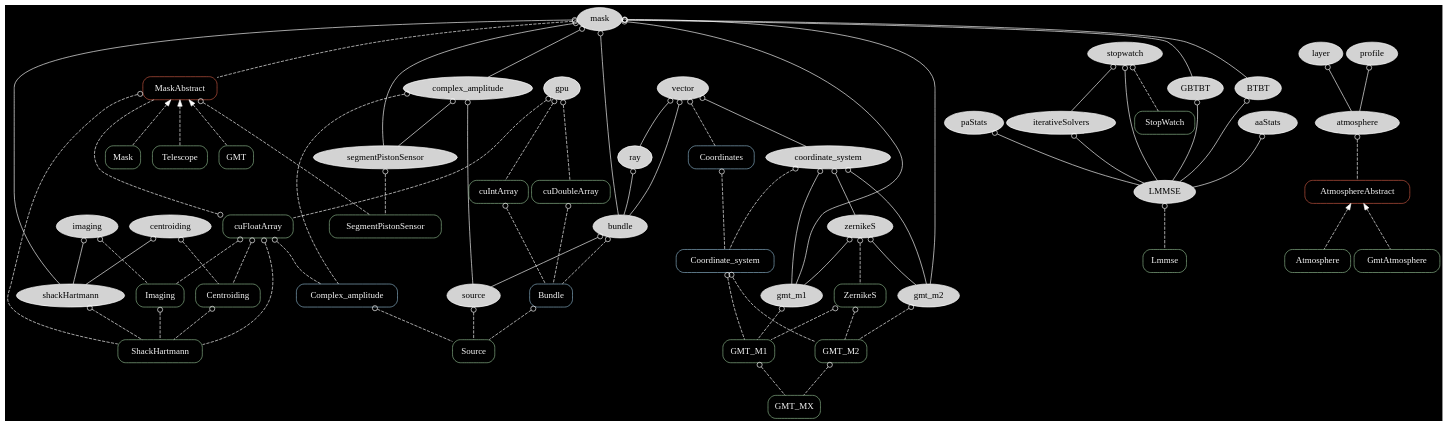
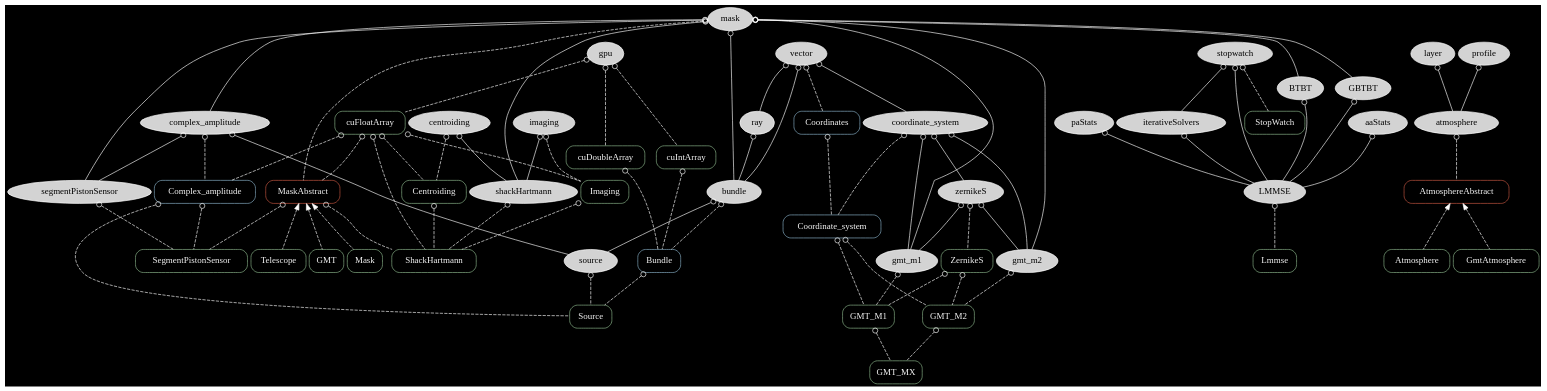
Before and after one commit to rconan/CEO: the diagram in graph/ceo.dot, drawn with Graphviz. The commit also changed 4 other files, not shown here.

```diff
--- a/graph/ceo.dot
+++ b/graph/ceo.dot
@@ -1,120 +1,121 @@
 digraph {
 overlap=false
 splines=true
 bgcolor = black
 node[style=filled,fillcolor=lightgray,color=white];
 edge[arrowtail=odot,dir=back,color=white];
 
 mask -> shackHartmann;
 imaging -> shackHartmann;
 centroiding -> shackHartmann;
 bundle -> source;
 
 coordinate_system -> zernikeS;
 coordinate_system -> gmt_m1;
 coordinate_system -> gmt_m2
 
 mask -> gmt_m1;
 mask -> gmt_m2;
 mask -> complex_amplitude;
 
 zernikeS -> gmt_m1;
 zernikeS -> gmt_m2;
 
 vector -> coordinate_system;
 vector -> bundle;
 
 mask -> bundle;
 ray -> bundle;
 vector -> ray;
 complex_amplitude -> source;
 
 layer -> atmosphere;
 profile -> atmosphere;
 
 mask -> BTBT;
 mask -> GBTBT;
 aaStats -> LMMSE;
 paStats -> LMMSE;
 BTBT -> LMMSE;
 GBTBT -> LMMSE;
 iterativeSolvers -> LMMSE;
 stopwatch -> LMMSE;
 stopwatch -> iterativeSolvers;
 
 gpu;
 
 mask -> segmentPistonSensor;
 complex_amplitude -> segmentPistonSensor;
 node[color=darkseagreen,style=rounded,shape=box,fontcolor=whitesmoke];
 edge[style=dashed,color=white]
 
 centroiding -> Centroiding;
 imaging -> Imaging;
 cuFloatArray -> Imaging;
 cuFloatArray -> Centroiding;
 
 source -> Source;
 Complex_amplitude[color=lightskyblue3];
 complex_amplitude -> Complex_amplitude;
 cuFloatArray -> Complex_amplitude;
 Bundle[color=lightskyblue3];
 bundle -> Bundle;
 cuDoubleArray -> Bundle;
 cuIntArray -> Bundle;
 Complex_amplitude -> Source[label="wavefront"];
 Bundle -> Source[label="rays"];
 
 shackHartmann -> ShackHartmann;
 MaskAbstract -> ShackHartmann;
 cuFloatArray -> ShackHartmann
 Imaging -> ShackHartmann;
 Centroiding -> ShackHartmann;
 
 segmentPistonSensor -> SegmentPistonSensor;
 
 gmt_m1 -> GMT_M1;
 gmt_m2 -> GMT_M2;
 ZernikeS;
 zernikeS -> ZernikeS;
 ZernikeS -> GMT_M1;
 ZernikeS -> GMT_M2;
 GMT_M1 -> GMT_MX[label="M1"];
 GMT_M2 -> GMT_MX[label="M2"];
 Coordinate_system[color=lightskyblue3];
 coordinate_system -> Coordinate_system;
 Coordinate_system -> GMT_M1;
 Coordinate_system -> GMT_M2;
 Coordinates[color=lightskyblue3];
 Coordinates -> Coordinate_system;
 vector -> Coordinates;
 
 AtmosphereAbstract[color=coral3];
 atmosphere -> AtmosphereAbstract;
 
 MaskAbstract[color=coral3]
 mask -> MaskAbstract;
 cuFloatArray -> MaskAbstract;
 MaskAbstract -> SegmentPistonSensor;
+Complex_amplitude -> SegmentPistonSensor;
 
 stopwatch -> StopWatch;
 
 gpu -> cuFloatArray;
 gpu -> cuIntArray;
 gpu -> cuDoubleArray;
 LMMSE -> Lmmse;
 
 edge[dir=back,arrowtail=normal];
 
 AtmosphereAbstract -> Atmosphere;
 AtmosphereAbstract -> GmtAtmosphere;
 
 MaskAbstract -> Mask;
 MaskAbstract -> Telescope;
 MaskAbstract -> GMT;
 
 {rank = source; mask;}
-{rank = same; gpu; vector; MaskAbstract}
-{rank = same; Source; ShackHartmann}
+#{rank = same; gpu; vector; MaskAbstract; complex_amplitude}
+#{rank = same; Source; ShackHartmann}
 #{rank=same; stopwatch; LMMSE;}
 }
```
